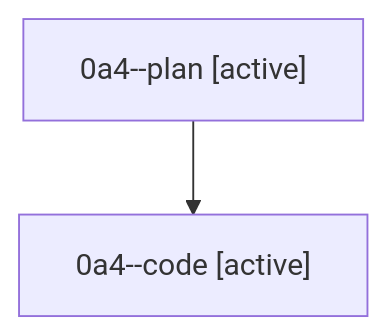
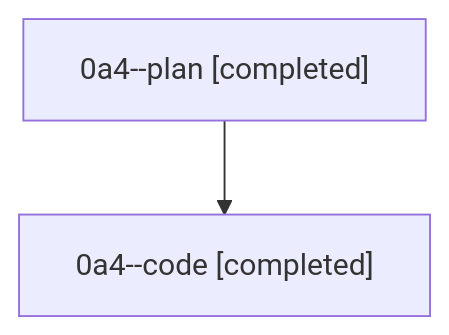
One commit to sase-org/sase--agents changed the diagram in families/bbugyi200.athena.0a4.md. Above: the diagram before and after it, drawn with Mermaid. The commit also changed other lines of this file and 6190 other files, not shown here.

````diff
--- a/families/bbugyi200.athena.0a4.md
+++ b/families/bbugyi200.athena.0a4.md
@@ -9,6 +9,6 @@
 ```mermaid
 flowchart TD
-  n0["0a4--plan [active]"]
-  n1["0a4--code [active]"]
+  n0["0a4--plan [completed]"]
+  n1["0a4--code [completed]"]
   n0 --> n1
 ```
````
